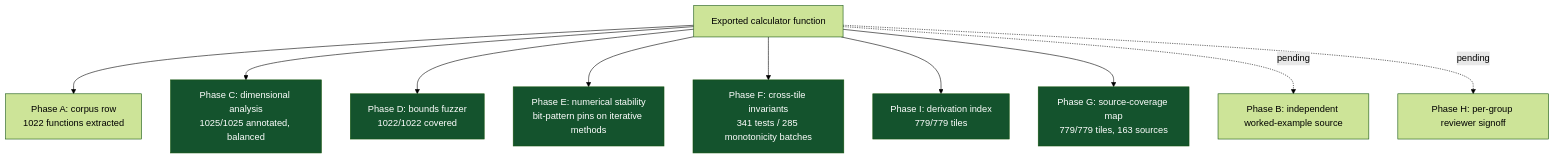
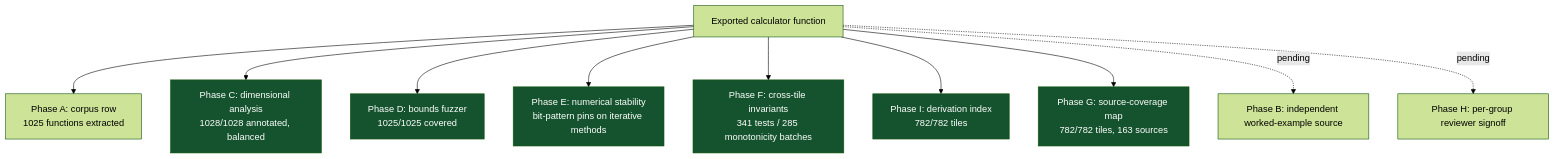
One commit to clay-good/roughlogic.com changed the sixth of 8 diagrams in README.md. Above: the diagram before and after it, drawn with Mermaid (forest theme). The commit also changed other lines of this file and 19 other files, not shown here.

````diff
--- a/README.md
+++ b/README.md
@@ -519,18 +519,18 @@
 ```mermaid
 flowchart TB
-    F[Exported calculator function] --> A[Phase A: corpus row\n1022 functions extracted]
-    F --> C[Phase C: dimensional analysis\n1025/1025 annotated, balanced]
-    F --> D[Phase D: bounds fuzzer\n1022/1022 covered]
+    F[Exported calculator function] --> A[Phase A: corpus row\n1025 functions extracted]
+    F --> C[Phase C: dimensional analysis\n1028/1028 annotated, balanced]
+    F --> D[Phase D: bounds fuzzer\n1025/1025 covered]
     F --> E[Phase E: numerical stability\nbit-pattern pins on iterative methods]
     F --> Fa[Phase F: cross-tile invariants\n341 tests / 285 monotonicity batches]
-    F --> I[Phase I: derivation index\n779/779 tiles]
-    F --> G[Phase G: source-coverage map\n779/779 tiles, 163 sources]
+    F --> I[Phase I: derivation index\n782/782 tiles]
+    F --> G[Phase G: source-coverage map\n782/782 tiles, 163 sources]
     F -.pending.-> B[Phase B: independent worked-example source]
     F -.pending.-> H[Phase H: per-group reviewer signoff]
     style C fill:#14532d,color:#fff
     style D fill:#14532d,color:#fff
     style E fill:#14532d,color:#fff
     style Fa fill:#14532d,color:#fff
     style G fill:#14532d,color:#fff
     style I fill:#14532d,color:#fff
 ```
````
